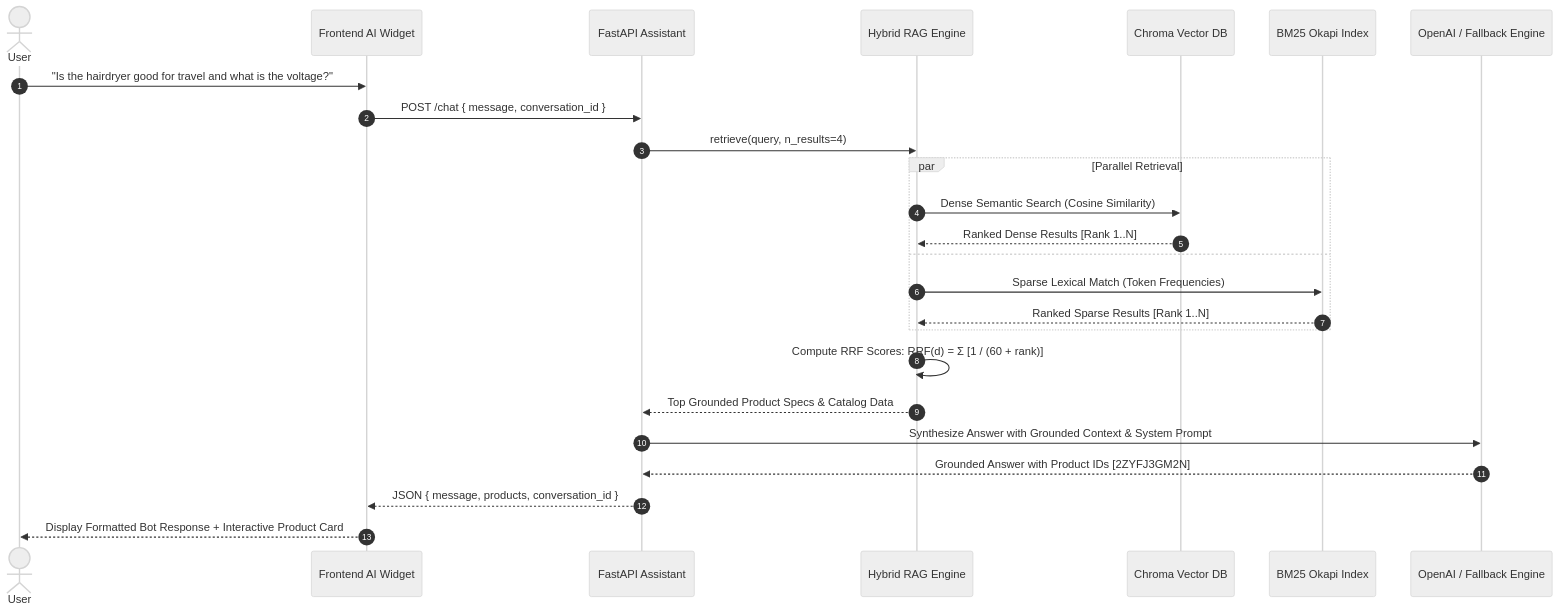
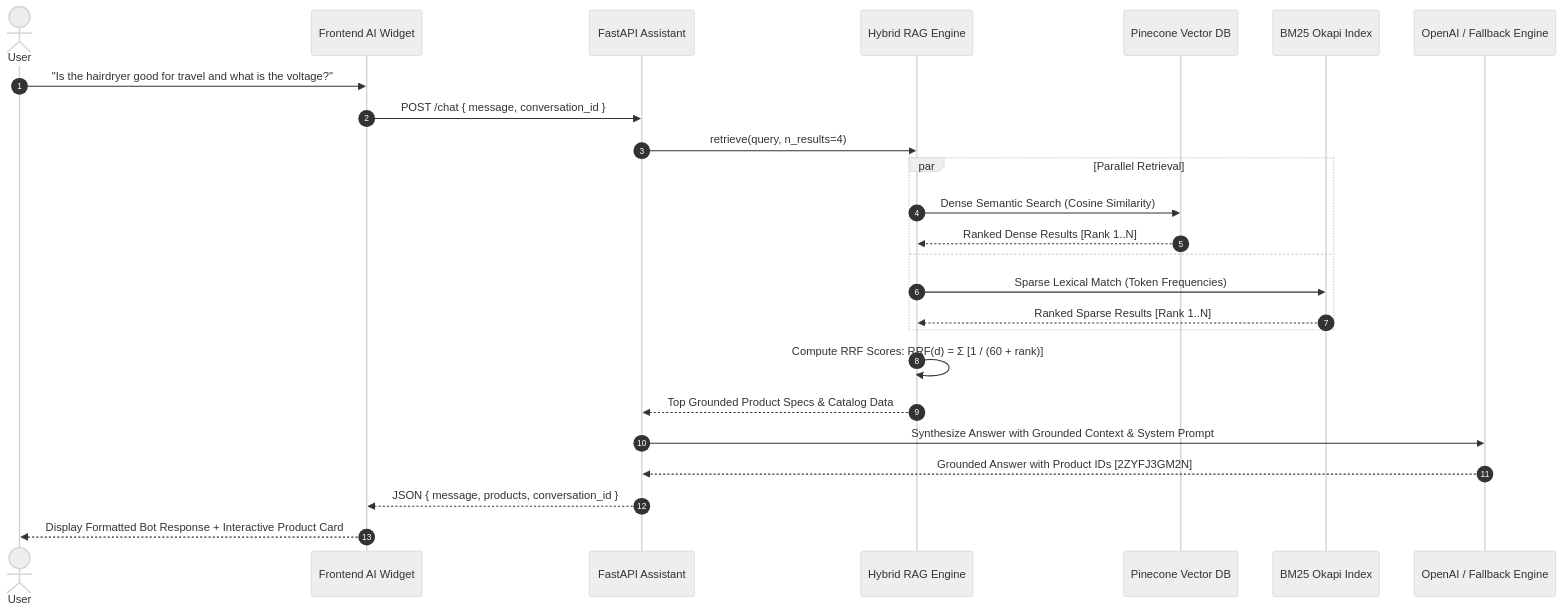
Before and after one commit to bittush8789/microservices-ai-assistant: the second of 2 diagrams in README.md, drawn with Mermaid (neutral theme). The commit also changed other lines of this file and 12 other files, not shown here.

Commit message:
feat(rag): migrate vector database from Chroma DB to Pinecone Serverless with Hybrid RAG and RRF

````diff
--- a/README.md
+++ b/README.md
@@ -111,30 +111,30 @@
 ```mermaid
 sequenceDiagram
     autonumber
     actor User
     participant Widget as Frontend AI Widget
     participant API as FastAPI Assistant
     participant RAG as Hybrid RAG Engine
-    participant Chroma as Chroma Vector DB
+    participant Pinecone as Pinecone Vector DB
     participant BM25 as BM25 Okapi Index
     participant LLM as OpenAI / Fallback Engine
 
     User->>Widget: "Is the hairdryer good for travel and what is the voltage?"
     Widget->>API: POST /chat { message, conversation_id }
     API->>RAG: retrieve(query, n_results=4)
     
     par Parallel Retrieval
-        RAG->>Chroma: Dense Semantic Search (Cosine Similarity)
-        Chroma-->>RAG: Ranked Dense Results [Rank 1..N]
+        RAG->>Pinecone: Dense Semantic Search (Cosine Similarity)
+        Pinecone-->>RAG: Ranked Dense Results [Rank 1..N]
     and
         RAG->>BM25: Sparse Lexical Match (Token Frequencies)
         BM25-->>RAG: Ranked Sparse Results [Rank 1..N]
     end
 
     RAG->>RAG: Compute RRF Scores: RRF(d) = Σ [1 / (60 + rank)]
     RAG-->>API: Top Grounded Product Specs & Catalog Data
     API->>LLM: Synthesize Answer with Grounded Context & System Prompt
     LLM-->>API: Grounded Answer with Product IDs [2ZYFJ3GM2N]
     API-->>Widget: JSON { message, products, conversation_id }
     Widget-->>User: Display Formatted Bot Response + Interactive Product Card
 ```
````
